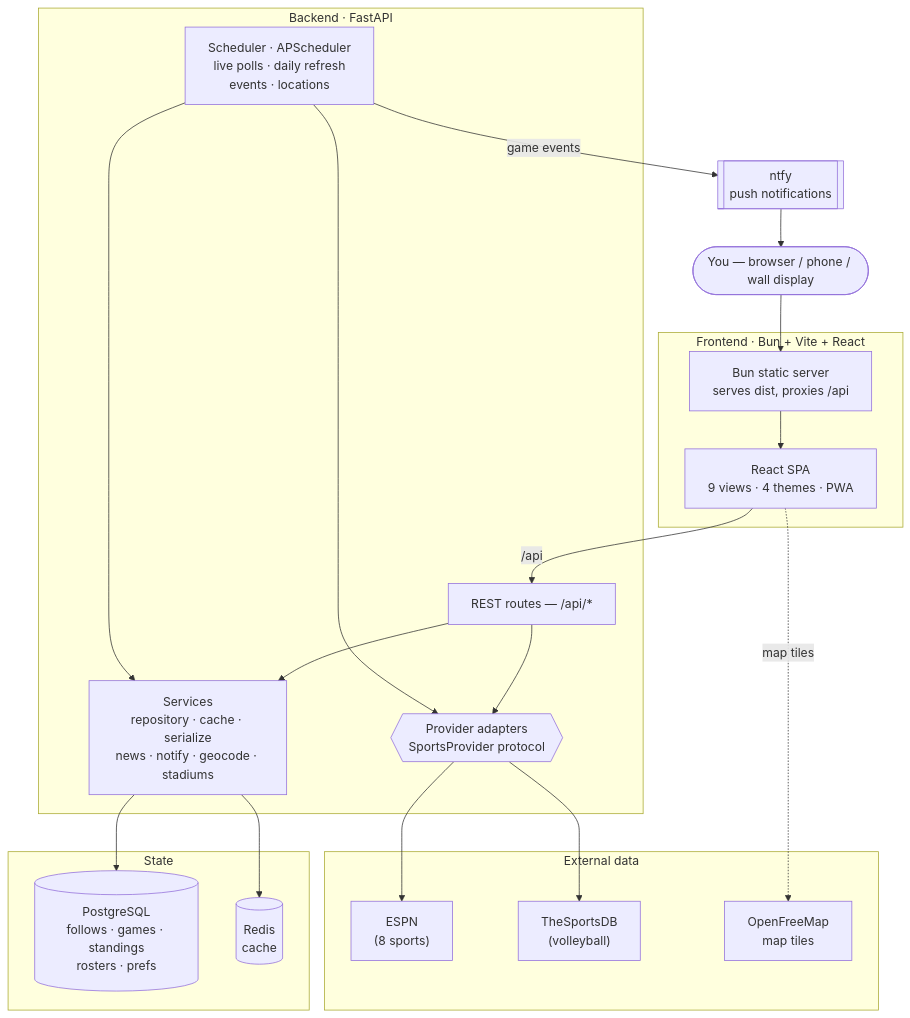
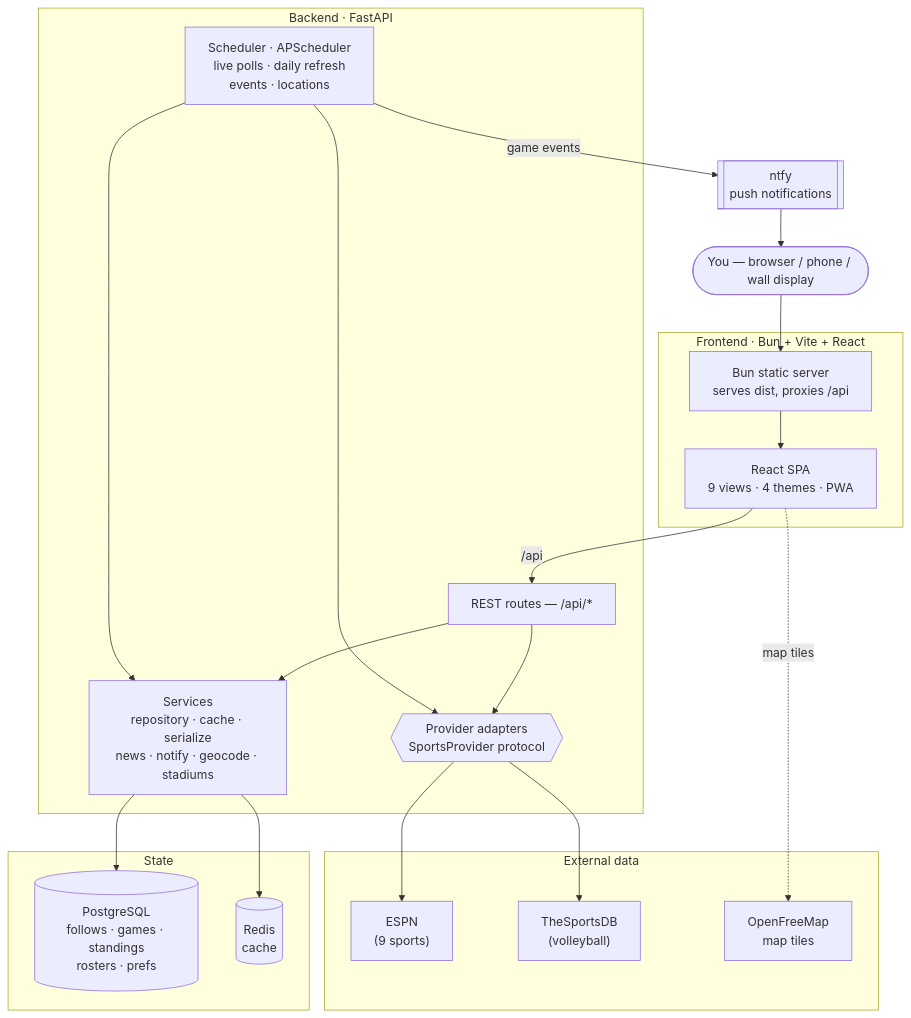
One commit to Mpawlowski5467/SportsDash changed the first of 2 diagrams in README.md. Above: the diagram before and after it, drawn with Mermaid. The commit also changed other lines of this file and 74 other files, not shown here.

````diff
--- a/README.md
+++ b/README.md
@@ -102,42 +117,42 @@
 ```mermaid
 flowchart TB
     user(["You — browser / phone / wall display"])
 
     subgraph client["Frontend · Bun + Vite + React"]
         srv["Bun static server<br/>serves dist, proxies /api"]
         spa["React SPA<br/>9 views · 4 themes · PWA"]
     end
 
     subgraph backend["Backend · FastAPI"]
         routes["REST routes — /api/*"]
         services["Services<br/>repository · cache · serialize<br/>news · notify · geocode · stadiums"]
         sched["Scheduler · APScheduler<br/>live polls · daily refresh<br/>events · locations"]
         providers{{"Provider adapters<br/>SportsProvider protocol"}}
     end
 
     subgraph state["State"]
         pg[("PostgreSQL<br/>follows · games · standings<br/>rosters · prefs")]
         redis[("Redis<br/>cache")]
     end
 
     subgraph ext["External data"]
-        espn["ESPN<br/>(8 sports)"]
+        espn["ESPN<br/>(9 sports)"]
         tsdb["TheSportsDB<br/>(volleyball)"]
         tiles["OpenFreeMap<br/>map tiles"]
     end
 
     ntfy[["ntfy<br/>push notifications"]]
 
     user --> srv --> spa
     spa -->|/api| routes
     spa -. map tiles .-> tiles
     routes --> services
     routes --> providers
     services --> pg
     services --> redis
     sched --> providers
     sched --> services
     providers --> espn
     providers --> tsdb
     sched -->|game events| ntfy --> user
 ```
````
